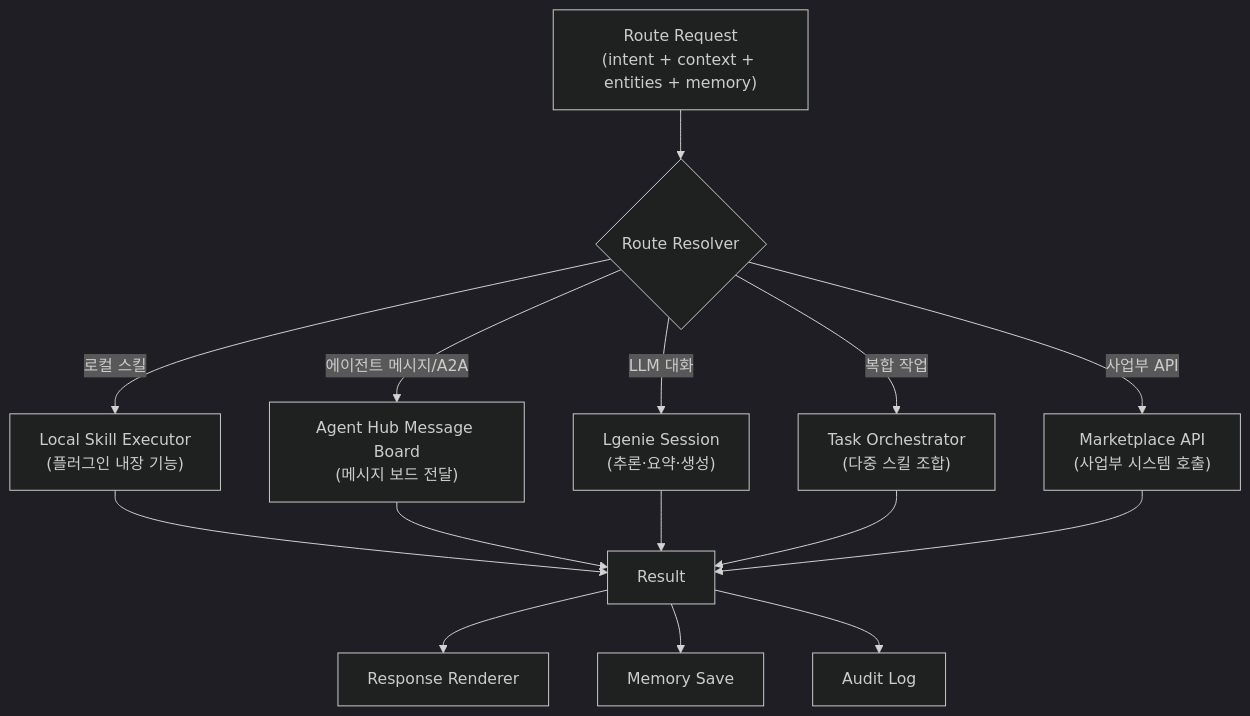
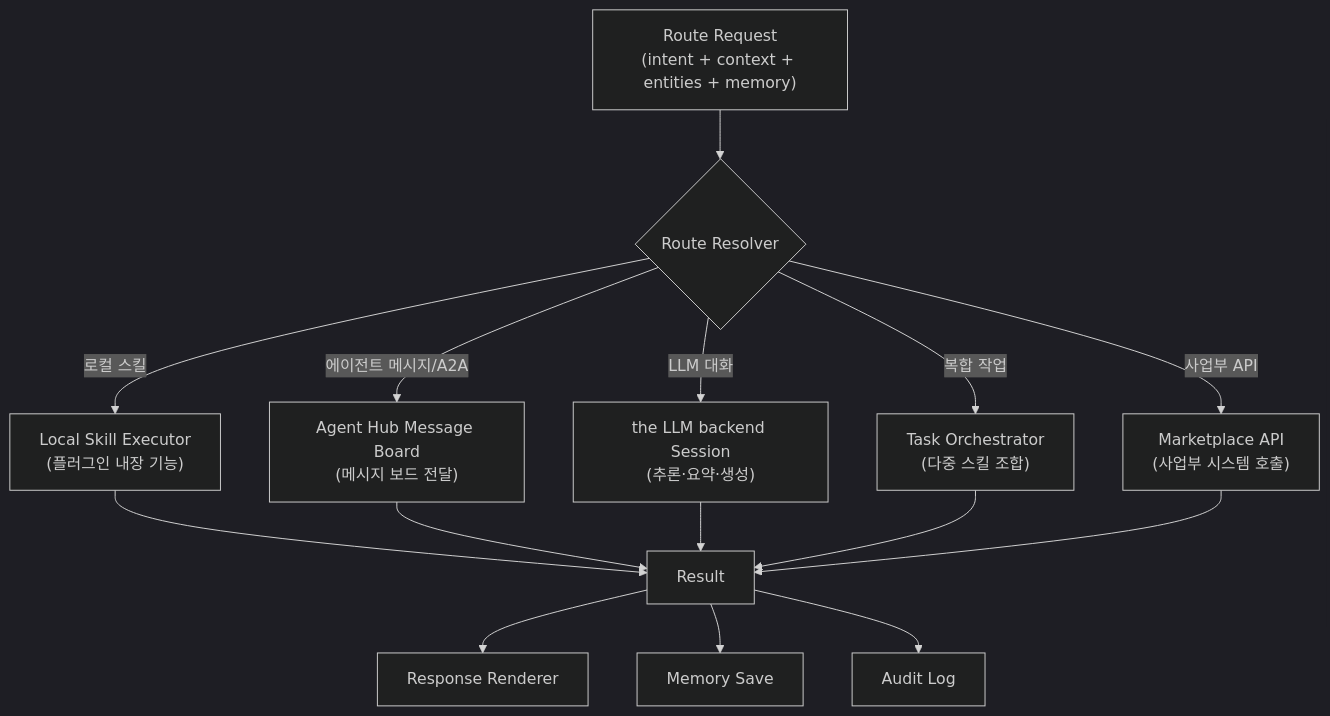
Diagram 18 of 44 in docs/architecture/architecture.md (lvis-project/lvis-app), drawn with Mermaid (dark theme) before and after one commit. The commit also changed other lines of this file and 85 other files, not shown here.

````diff
--- a/docs/architecture/architecture.md
+++ b/docs/architecture/architecture.md
@@ -1398,22 +1398,22 @@
 ```mermaid
 flowchart TB
     ROUTE_IN["Route Request<br/>(intent + context + entities + memory)"]
 
     ROUTE_IN --> RESOLVER{"Route Resolver"}
 
     RESOLVER -->|"로컬 스킬"| LOCAL["Local Skill Executor<br/>(플러그인 내장 기능)"]
     RESOLVER -->|"에이전트 메시지/A2A"| A2A["Agent Hub Message Board<br/>(메시지 보드 전달)"]
-    RESOLVER -->|"LLM 대화"| LGENIE["Lgenie Session<br/>(추론·요약·생성)"]
+    RESOLVER -->|"LLM 대화"| LLM_BACKEND["the LLM backend Session<br/>(추론·요약·생성)"]
     RESOLVER -->|"복합 작업"| ORCHESTRATOR["Task Orchestrator<br/>(다중 스킬 조합)"]
     RESOLVER -->|"사업부 API"| MARKET["Marketplace API<br/>(사업부 시스템 호출)"]
 
     LOCAL --> RESULT["Result"]
     A2A --> RESULT
-    LGENIE --> RESULT
+    LLM_BACKEND --> RESULT
     ORCHESTRATOR --> RESULT
     MARKET --> RESULT
 
     RESULT --> UI["Response Renderer"]
     RESULT --> MEM["Memory Save"]
     RESULT --> AUDIT["Audit Log"]
 ```
````
